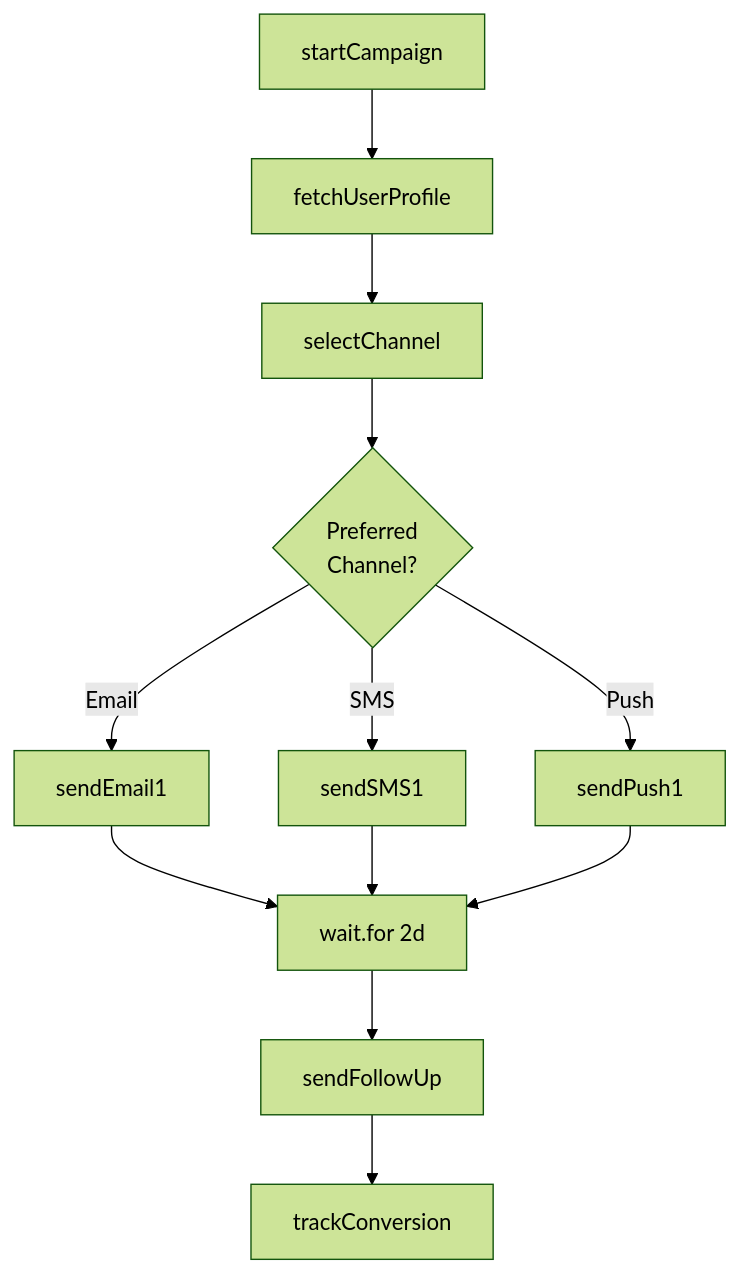
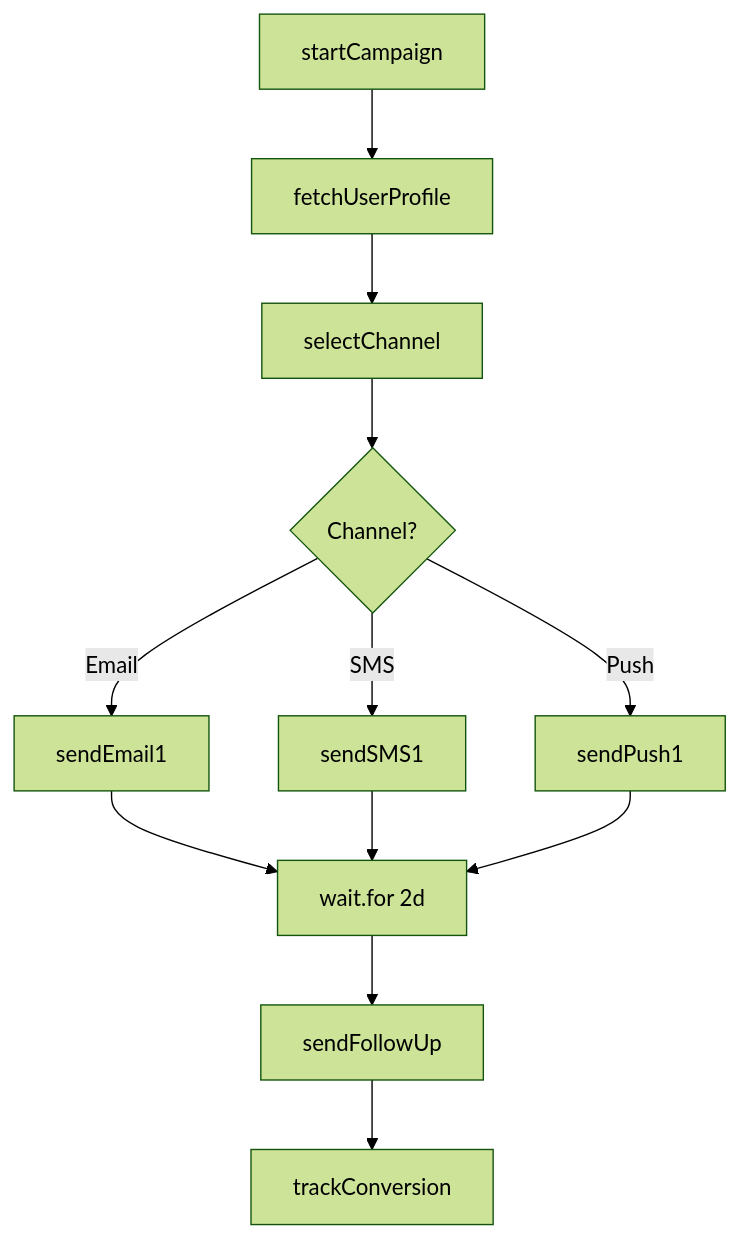
The second of 4 diagrams in docs/guides/use-cases/marketing.mdx (triggerdotdev/trigger.dev), drawn with Mermaid (forest theme) before and after one commit. The commit also changed 1 other file, not shown here.

Commit message:
docs: fix mermaid decision nodes with br tags
Remove <br/> tags from inside curly brace decision nodes which
cause mermaid 11.4.1 syntax errors. The forward slash in <br/>
confuses the parser when inside decision node braces.

````diff
--- a/docs/guides/use-cases/marketing.mdx
+++ b/docs/guides/use-cases/marketing.mdx
@@ -80,14 +80,14 @@
 ```mermaid
 graph TB
     A[startCampaign] --> B[fetchUserProfile]
     B --> C[selectChannel]
-    C --> D{Preferred<br/>Channel?}
+    C --> D{Channel?}
     D -->|Email| E[sendEmail1]
     D -->|SMS| F[sendSMS1]
     D -->|Push| G[sendPush1]
     E --> H[wait.for 2d]
     F --> H
     G --> H
     H --> I[sendFollowUp]
     I --> J[trackConversion]
 ```
````
